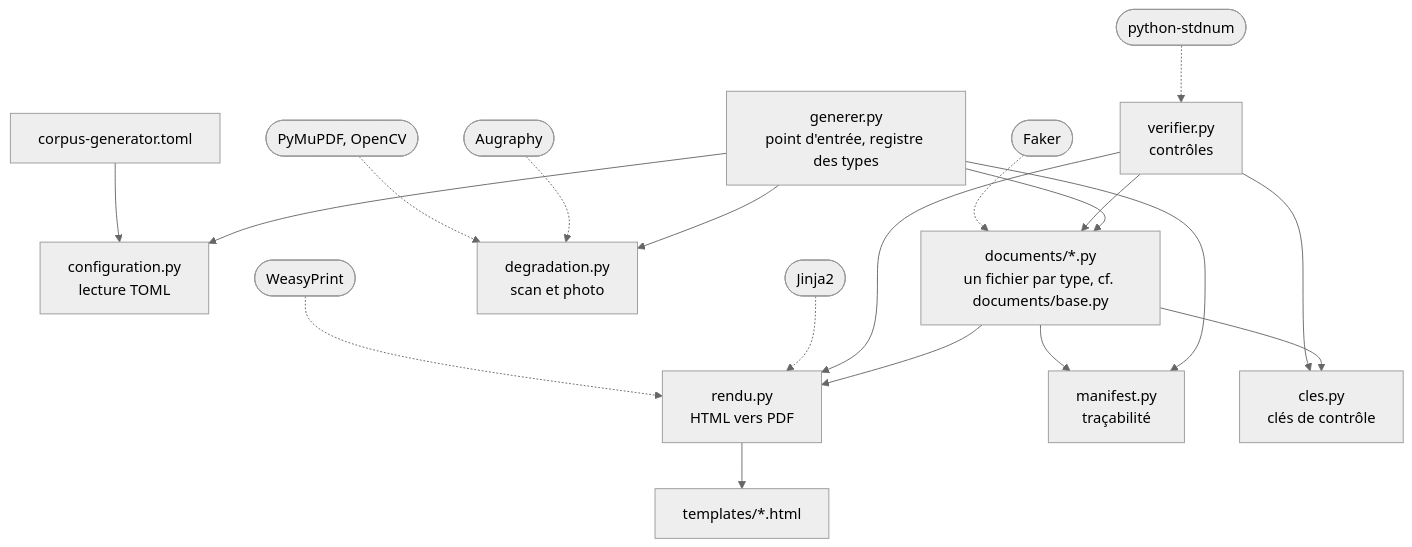
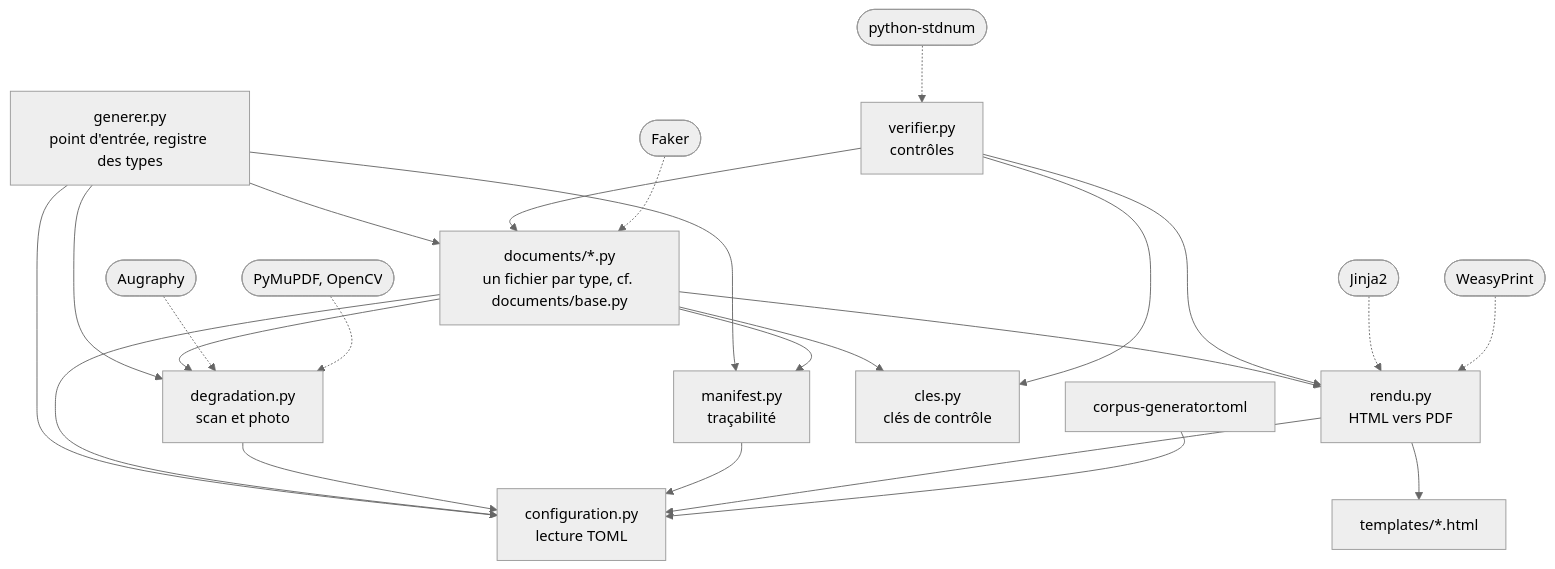
One commit to xelema/Detect-Doc changed the first of 3 diagrams in tools/CorpusGenerator/README.md. Above: the diagram before and after it, drawn with Mermaid (neutral theme). The commit also changed other lines of this file and 16 other files, not shown here.

````diff
--- a/tools/CorpusGenerator/README.md
+++ b/tools/CorpusGenerator/README.md
@@ -76,33 +87,38 @@
 ```mermaid
 graph TD
     generer[generer.py<br/>point d'entrée, registre des types]
     configuration[configuration.py<br/>lecture TOML]
     toml[corpus-generator.toml]
     documents[documents/*.py<br/>un fichier par type, cf. documents/base.py]
     rendu[rendu.py<br/>HTML vers PDF]
     degradation[degradation.py<br/>scan et photo]
     manifest[manifest.py<br/>traçabilité]
     cles[cles.py<br/>clés de contrôle]
     verifier[verifier.py<br/>contrôles]
     tpl[templates/*.html]
 
     generer --> configuration
     generer --> documents
     generer --> degradation
     generer --> manifest
     documents --> cles
+    documents --> configuration
+    documents --> degradation
     documents --> manifest
     documents --> rendu
+    degradation --> configuration
+    manifest --> configuration
+    rendu --> configuration
     rendu --> tpl
     verifier --> documents
     verifier --> cles
     verifier --> rendu
     toml --> configuration
 
     faker([Faker]) -.-> documents
     jinja([Jinja2]) -.-> rendu
     weasy([WeasyPrint]) -.-> rendu
     augraphy([Augraphy]) -.-> degradation
     pymupdf([PyMuPDF, OpenCV]) -.-> degradation
     stdnum([python-stdnum]) -.-> verifier
 ```
````
